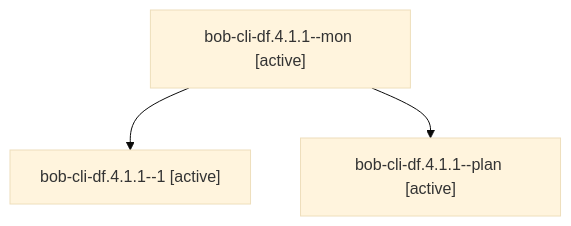
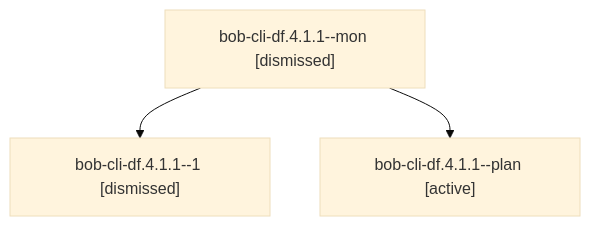
Before and after one commit to bobs-org/bob-cli--agents: the diagram in sessions/bbugyi200.athena.bob-cli-df.4.1.1.md, drawn with Mermaid (base theme). The commit also changed other lines of this file and 117 other files, not shown here.

````diff
--- a/sessions/bbugyi200.athena.bob-cli-df.4.1.1.md
+++ b/sessions/bbugyi200.athena.bob-cli-df.4.1.1.md
@@ -9,8 +9,8 @@
 ```mermaid
 flowchart TD
-  n0["bob-cli-df.4.1.1--mon [active]"]
-  n1["bob-cli-df.4.1.1--1 [active]"]
+  n0["bob-cli-df.4.1.1--mon [dismissed]"]
+  n1["bob-cli-df.4.1.1--1 [dismissed]"]
   n0 --> n1
   n2["bob-cli-df.4.1.1--plan [active]"]
   n0 --> n2
 ```
````
